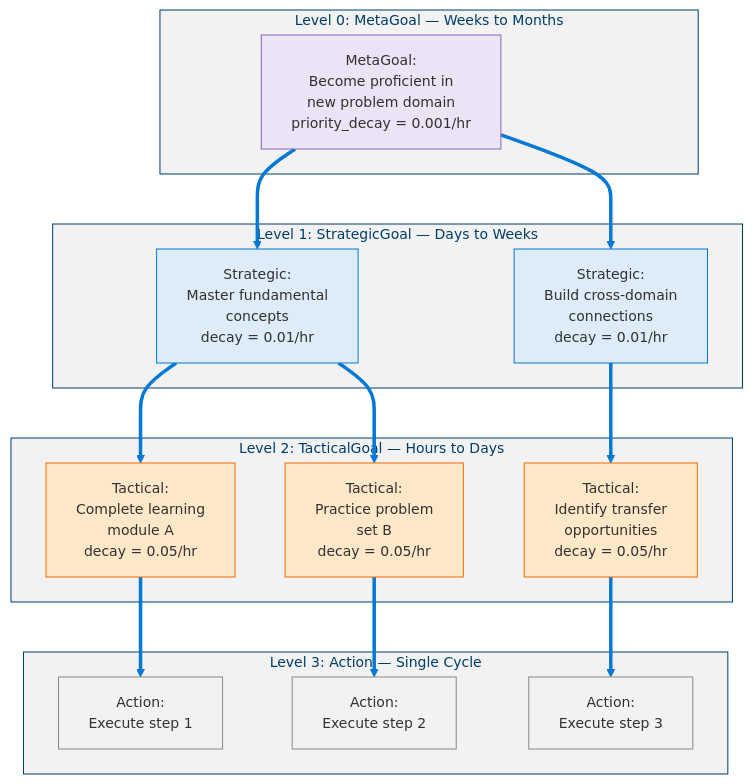
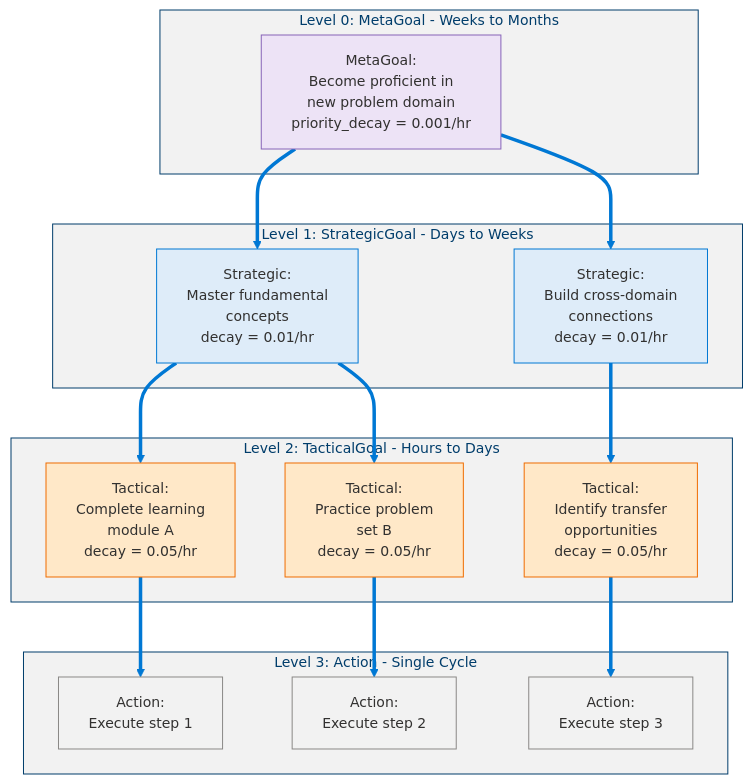
The fourth of 14 diagrams in docs/levels/Level_4_Adaptive_General_Agent.md (dotnetpower/mscp), drawn with Mermaid before and after one commit. The commit also changed other lines of this file and 26 other files, not shown here.

````diff
--- a/docs/levels/Level_4_Adaptive_General_Agent.md
+++ b/docs/levels/Level_4_Adaptive_General_Agent.md
@@ -207,38 +207,38 @@
 ```mermaid
 %%{init: {'theme': 'base', 'themeVariables': {'primaryColor': '#0078D4', 'primaryTextColor': '#003D6B', 'primaryBorderColor': '#003D6B', 'secondaryColor': '#50E6FF', 'secondaryTextColor': '#323130', 'secondaryBorderColor': '#00BCF2', 'tertiaryColor': '#F2F2F2', 'tertiaryTextColor': '#323130', 'lineColor': '#0078D4', 'textColor': '#323130', 'mainBkg': '#DEECF9', 'nodeBorder': '#0078D4', 'clusterBkg': '#F2F2F2', 'clusterBorder': '#003D6B', 'titleColor': '#003D6B', 'edgeLabelBackground': '#FFFFFF', 'fontSize': '14px'}}}%%
 flowchart TD
   classDef meta fill:#EDE3F6,stroke:#8764B8,color:#323130
   classDef strategic fill:#DEECF9,stroke:#0078D4,color:#323130
   classDef tactical fill:#FFE8C8,stroke:#EF6C00,color:#323130
   classDef action fill:#F2F2F2,stroke:#8A8886,color:#323130
 
-  subgraph MetaLevel["Level 0: MetaGoal — Weeks to Months"]
+  subgraph MetaLevel["Level 0: MetaGoal - Weeks to Months"]
     MG1["MetaGoal:<br/>Become proficient in<br/>new problem domain<br/>priority_decay = 0.001/hr"]:::meta
   end
 
-  subgraph StrategicLevel["Level 1: StrategicGoal — Days to Weeks"]
+  subgraph StrategicLevel["Level 1: StrategicGoal - Days to Weeks"]
     SG1["Strategic:<br/>Master fundamental<br/>concepts<br/>decay = 0.01/hr"]:::strategic
     SG2["Strategic:<br/>Build cross-domain<br/>connections<br/>decay = 0.01/hr"]:::strategic
   end
 
-  subgraph TacticalLevel["Level 2: TacticalGoal — Hours to Days"]
+  subgraph TacticalLevel["Level 2: TacticalGoal - Hours to Days"]
     TG1["Tactical:<br/>Complete learning<br/>module A<br/>decay = 0.05/hr"]:::tactical
     TG2["Tactical:<br/>Practice problem<br/>set B<br/>decay = 0.05/hr"]:::tactical
     TG3["Tactical:<br/>Identify transfer<br/>opportunities<br/>decay = 0.05/hr"]:::tactical
   end
 
-  subgraph ActionLevel["Level 3: Action — Single Cycle"]
+  subgraph ActionLevel["Level 3: Action - Single Cycle"]
     A1["Action:<br/>Execute step 1"]:::action
     A2["Action:<br/>Execute step 2"]:::action
     A3["Action:<br/>Execute step 3"]:::action
   end
 
   MG1 ==> SG1
   MG1 ==> SG2
   SG1 ==> TG1
   SG1 ==> TG2
   SG2 ==> TG3
   TG1 ==> A1
   TG2 ==> A2
   TG3 ==> A3
 ```
````
